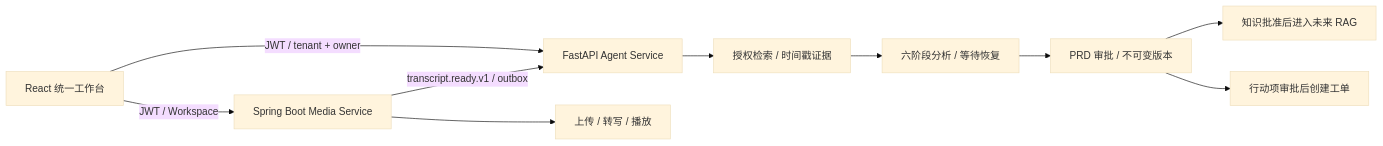
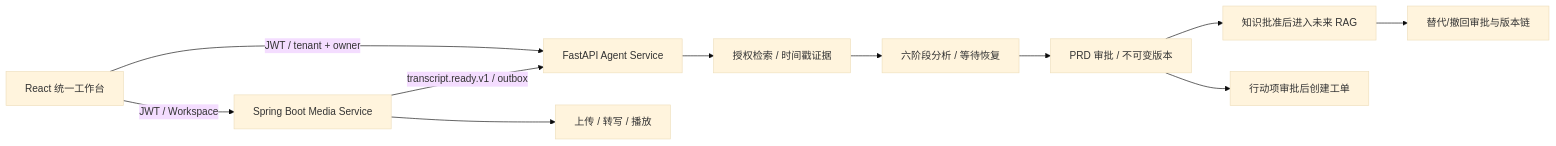
The diagram in README.md (Victorica123/enterprise-insight-platform), drawn with Mermaid (base theme) before and after one commit. The commit also changed other lines of this file and 46 other files, not shown here.

````diff
--- a/README.md
+++ b/README.md
@@ -9,12 +9,13 @@
 ```mermaid
 flowchart LR
     U[React 统一工作台] -->|JWT / Workspace| M[Spring Boot Media Service]
     U -->|JWT / tenant + owner| A[FastAPI Agent Service]
     M -->|transcript.ready.v1 / outbox| A
     M --> V[上传 / 转写 / 播放]
     A --> R[授权检索 / 时间戳证据]
     R --> P[六阶段分析 / 等待恢复]
     P --> G[PRD 审批 / 不可变版本]
     G --> K[知识批准后进入未来 RAG]
+    K --> L[替代/撤回审批与版本链]
     G --> T[行动项审批后创建工单]
 ```
````
